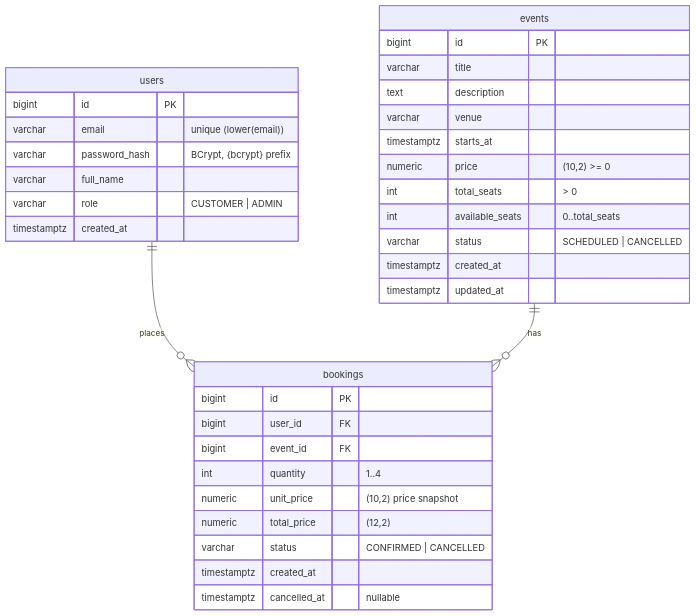
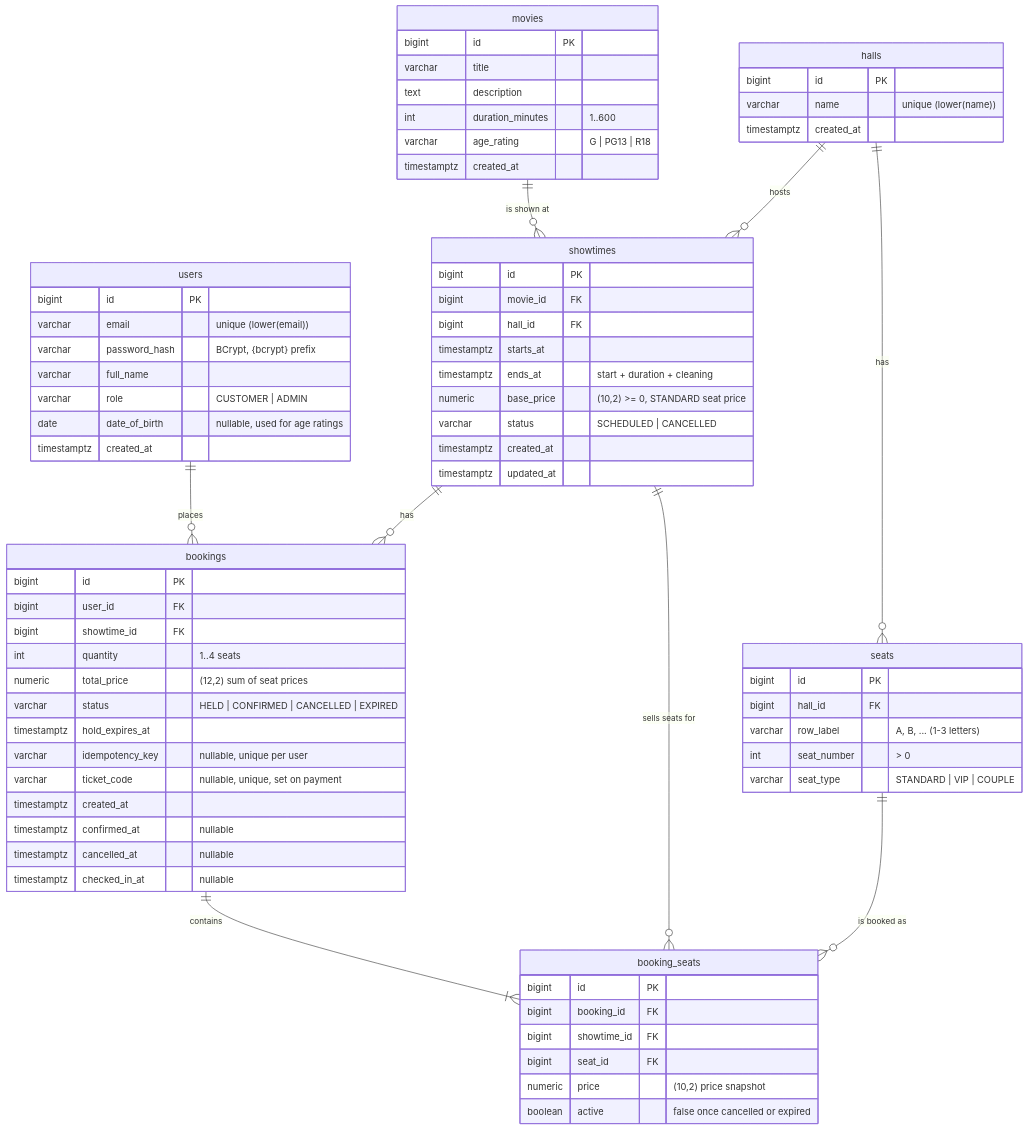
The first of 2 diagrams in docs/database.md (saonangitkh/dev_training_backend), drawn with Mermaid before and after one commit. The commit also changed other lines of this file and 75 other files, not shown here.

First line of the commit message:
Refactor into cinema ticket booking (v2)

````diff
--- a/docs/database.md
+++ b/docs/database.md
@@ -7,38 +7,75 @@
 ```mermaid
 erDiagram
     users ||--o{ bookings : places
-    events ||--o{ bookings : "has"
+    movies ||--o{ showtimes : "is shown at"
+    halls ||--o{ seats : has
+    halls ||--o{ showtimes : hosts
+    showtimes ||--o{ bookings : has
+    bookings ||--|{ booking_seats : contains
+    showtimes ||--o{ booking_seats : "sells seats for"
+    seats ||--o{ booking_seats : "is booked as"
 
     users {
         bigint id PK
         varchar email "unique (lower(email))"
         varchar password_hash "BCrypt, {bcrypt} prefix"
         varchar full_name
         varchar role "CUSTOMER | ADMIN"
+        date date_of_birth "nullable, used for age ratings"
         timestamptz created_at
     }
-    events {
+    movies {
         bigint id PK
         varchar title
         text description
-        varchar venue
+        int duration_minutes "1..600"
+        varchar age_rating "G | PG13 | R18"
+        timestamptz created_at
+    }
+    halls {
+        bigint id PK
+        varchar name "unique (lower(name))"
+        timestamptz created_at
+    }
+    seats {
+        bigint id PK
+        bigint hall_id FK
+        varchar row_label "A, B, ... (1-3 letters)"
+        int seat_number "> 0"
+        varchar seat_type "STANDARD | VIP | COUPLE"
+    }
+    showtimes {
+        bigint id PK
+        bigint movie_id FK
+        bigint hall_id FK
         timestamptz starts_at
-        numeric price "(10,2) >= 0"
-        int total_seats "> 0"
-        int available_seats "0..total_seats"
+        timestamptz ends_at "start + duration + cleaning"
+        numeric base_price "(10,2) >= 0, STANDARD seat price"
         varchar status "SCHEDULED | CANCELLED"
         timestamptz created_at
         timestamptz updated_at
     }
     bookings {
         bigint id PK
         bigint user_id FK
-        bigint event_id FK
-        int quantity "1..4"
-        numeric unit_price "(10,2) price snapshot"
-        numeric total_price "(12,2)"
-        varchar status "CONFIRMED | CANCELLED"
+        bigint showtime_id FK
+        int quantity "1..4 seats"
+        numeric total_price "(12,2) sum of seat prices"
+        varchar status "HELD | CONFIRMED | CANCELLED | EXPIRED"
+        timestamptz hold_expires_at
+        varchar idempotency_key "nullable, unique per user"
+        varchar ticket_code "nullable, unique, set on payment"
         timestamptz created_at
+        timestamptz confirmed_at "nullable"
         timestamptz cancelled_at "nullable"
+        timestamptz checked_in_at "nullable"
+    }
+    booking_seats {
+        bigint id PK
+        bigint booking_id FK
+        bigint showtime_id FK
+        bigint seat_id FK
+        numeric price "(10,2) price snapshot"
+        boolean active "false once cancelled or expired"
     }
 ```
````
